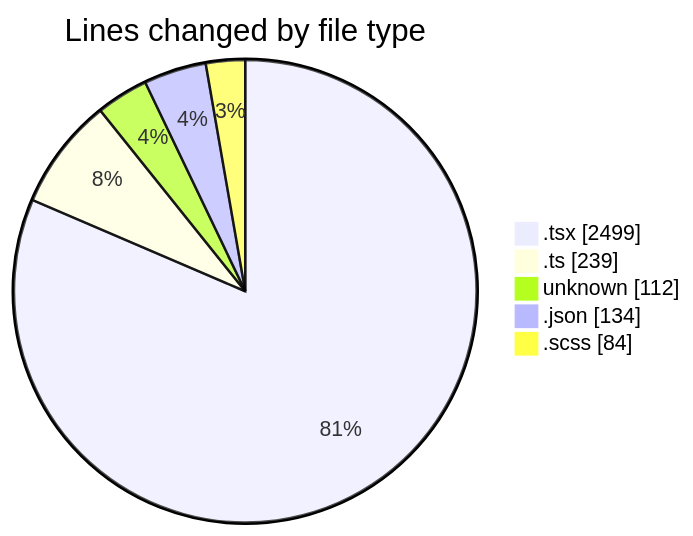
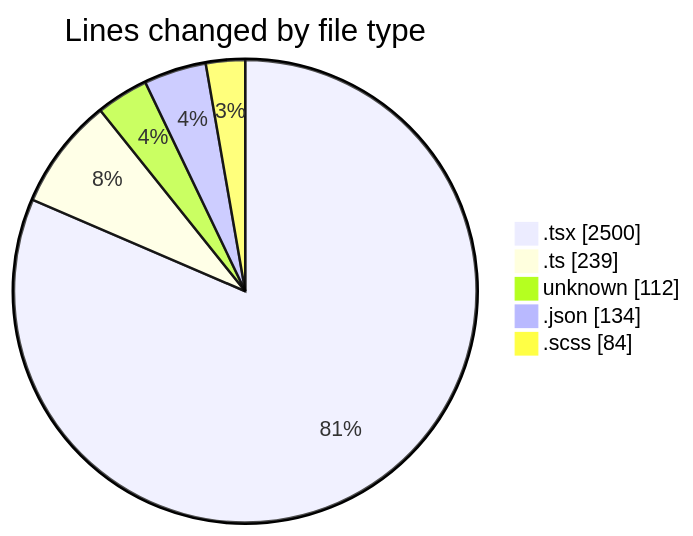
The first of 2 diagrams in 2026-04-28/cda/README.md (momahboobian/code-tracking), drawn with Mermaid before and after one commit. The commit also changed other lines of this file and 1 other file, not shown here.

````diff
--- a/2026-04-28/cda/README.md
+++ b/2026-04-28/cda/README.md
@@ -46,9 +46,9 @@
 ```mermaid
 pie showData
 title Lines changed by file type
-".tsx" : 2499
+".tsx" : 2500
 ".ts" : 239
 "unknown" : 112
 ".json" : 134
 ".scss" : 84
 ```
````
